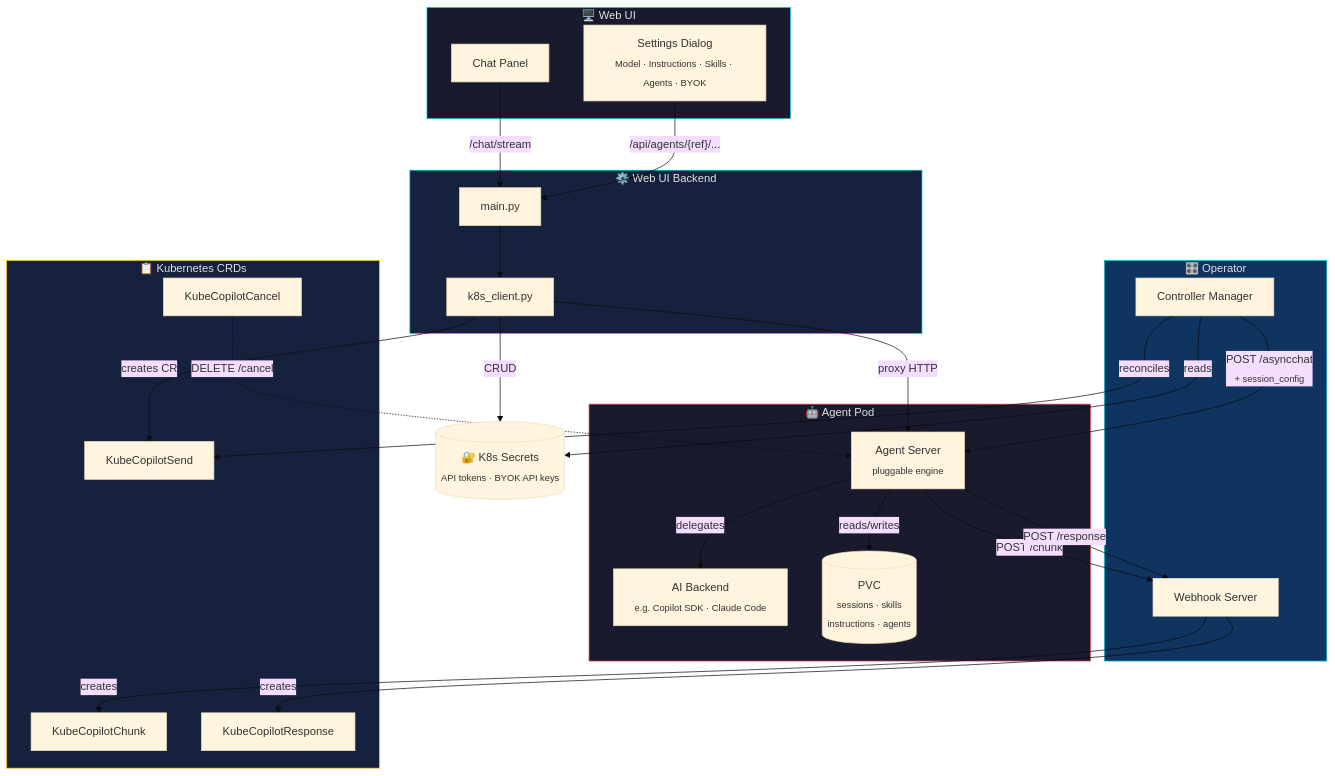
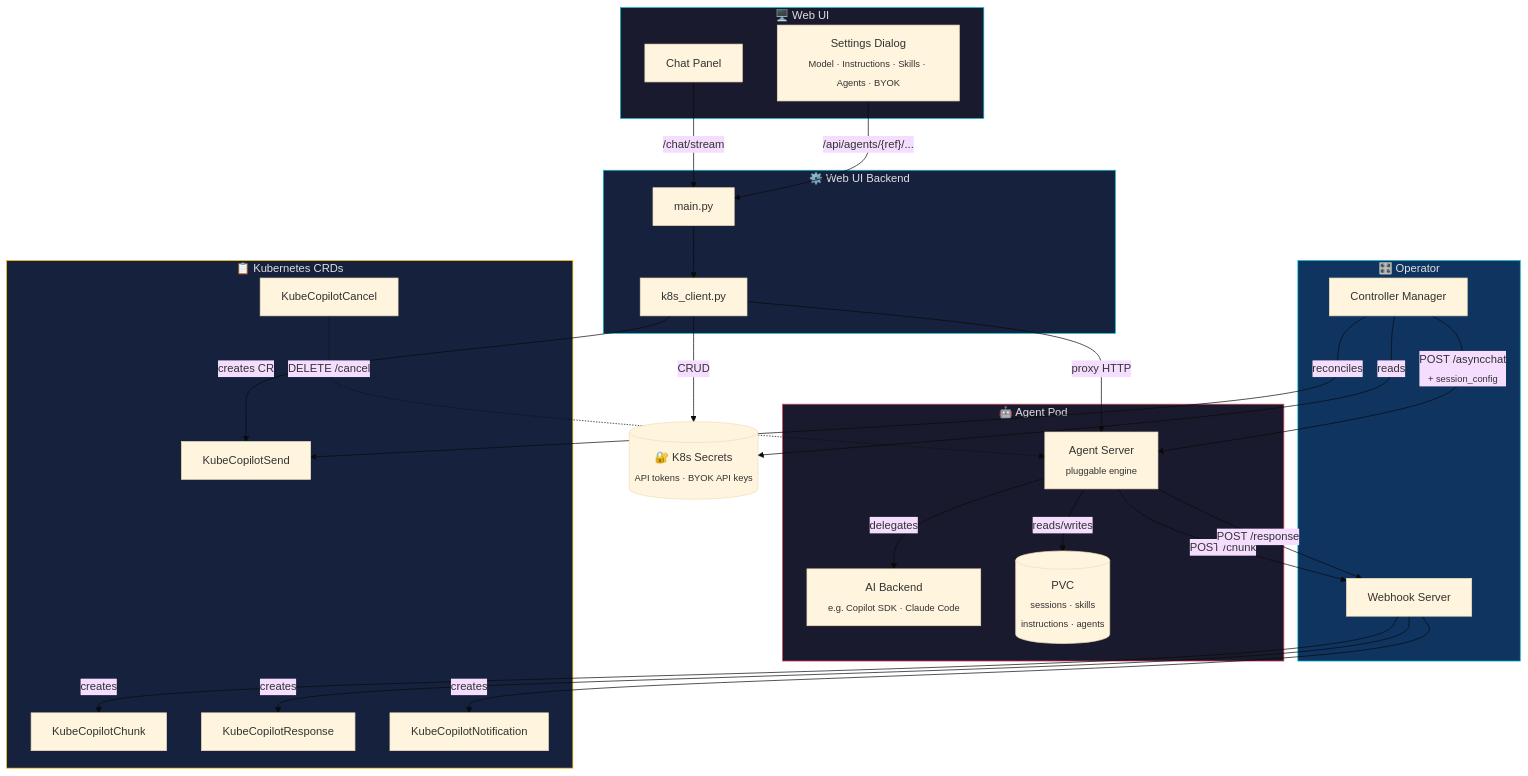
The first of 2 diagrams in docs/architecture.md (giofontana/kube-copilot-agent), drawn with Mermaid (base theme) before and after one commit. The commit also changed other lines of this file and 2 other files, not shown here.

First line of the commit message:
docs: update documentation for KubeCopilotNotification and background task API

````diff
--- a/docs/architecture.md
+++ b/docs/architecture.md
@@ -7,60 +7,62 @@
 ```mermaid
 flowchart TB
     subgraph ui["🖥️ Web UI"]
         chat["Chat Panel"]
         settings["Settings Dialog<br/><sub>Model · Instructions · Skills · Agents · BYOK</sub>"]
     end
 
     subgraph backend["⚙️ Web UI Backend"]
         main["main.py"]
         k8s["k8s_client.py"]
     end
 
     subgraph operator["🎛️ Operator"]
         ctrl["Controller Manager"]
         webhook["Webhook Server"]
     end
 
     subgraph agent["🤖 Agent Pod"]
         srv["Agent Server<br/><sub>pluggable engine</sub>"]
         engine["AI Backend<br/><sub>e.g. Copilot SDK · Claude Code</sub>"]
         pvc[("PVC<br/><sub>sessions · skills<br/>instructions · agents</sub>")]
     end
 
     subgraph crds["📋 Kubernetes CRDs"]
         send["KubeCopilotSend"]
         chunk["KubeCopilotChunk"]
         resp["KubeCopilotResponse"]
         cancel["KubeCopilotCancel"]
+        notif["KubeCopilotNotification"]
     end
 
     secrets[("🔐 K8s Secrets<br/><sub>API tokens · BYOK API keys</sub>")]
 
     chat -- "/chat/stream" --> main
     settings -- "/api/agents/{ref}/..." --> main
     main --> k8s
     k8s -- "creates CR" --> send
     k8s -- "proxy HTTP" --> srv
     k8s -- "CRUD" --> secrets
 
     ctrl -- "reconciles" --> send
     ctrl -- "reads" --> secrets
     ctrl -- "POST /asyncchat<br/><sub>+ session_config</sub>" --> srv
 
     srv -- "delegates" --> engine
     srv -- "reads/writes" --> pvc
 
     srv -- "POST /chunk" --> webhook
     srv -- "POST /response" --> webhook
 
     webhook -- "creates" --> chunk
     webhook -- "creates" --> resp
+    webhook -- "creates" --> notif
 
     cancel -. "DELETE /cancel" .-> srv
 
     style ui fill:#1a1a2e,stroke:#00bcd4,color:#e0e0e0
     style backend fill:#16213e,stroke:#00bcd4,color:#e0e0e0
     style operator fill:#0f3460,stroke:#00bcd4,color:#e0e0e0
     style agent fill:#1a1a2e,stroke:#e94560,color:#e0e0e0
     style crds fill:#16213e,stroke:#ffc107,color:#e0e0e0
 ```
````
